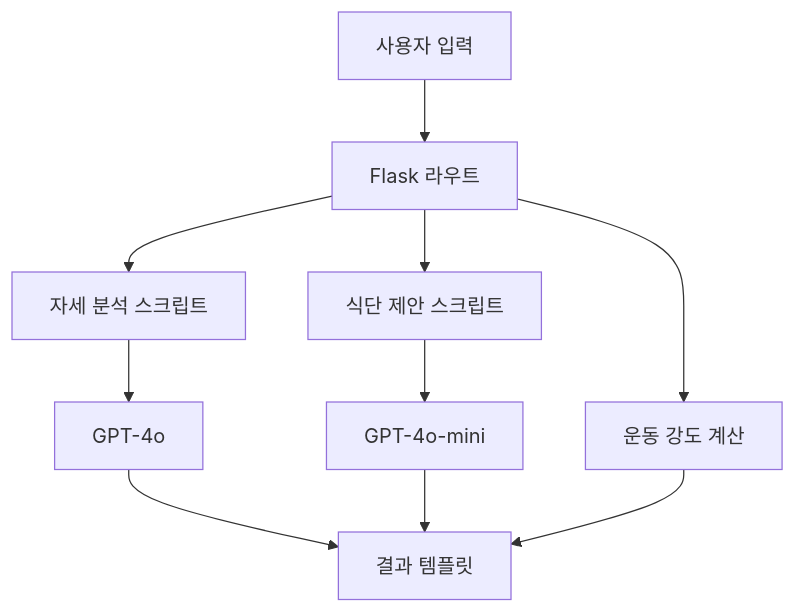
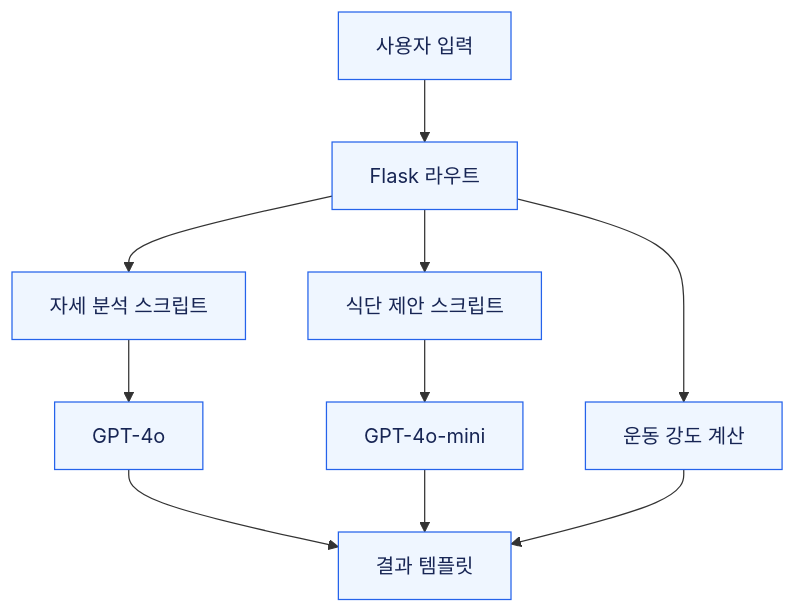
Before and after one commit to ZANDHIFORCE/AITrainer: the diagram in README.md, drawn with Mermaid.

Commit message:
docs: improve diagram readability and responsive GitHub layout

````diff
--- a/README.md
+++ b/README.md
@@ -32,12 +32,13 @@
 ```mermaid
 flowchart TD
     U[사용자 입력] --> F[Flask 라우트]
     F --> P[자세 분석 스크립트]
     F --> I[운동 강도 계산]
     F --> D[식단 제안 스크립트]
     P --> G[GPT-4o]
     D --> M[GPT-4o-mini]
     G --> R[결과 템플릿]
     M --> R
     I --> R
+    classDef default fill:#eff6ff,stroke:#2563eb,color:#172554
 ```
````
